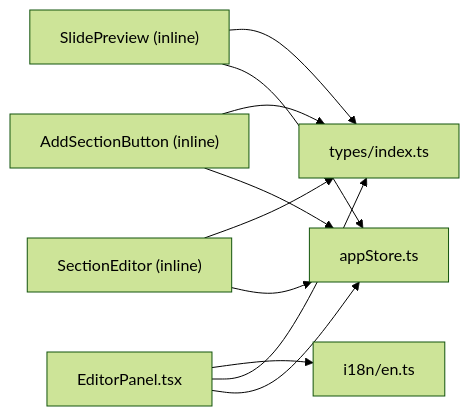
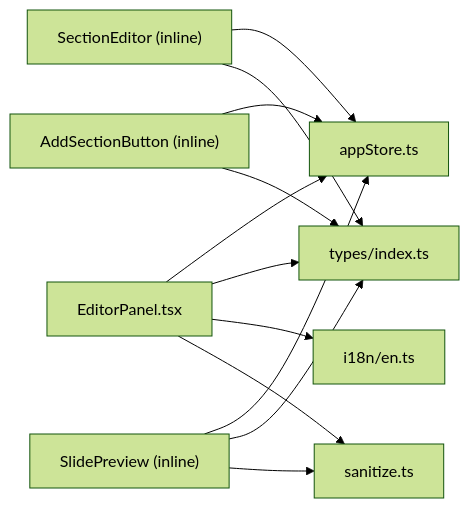
One commit to jimmywyk/lyricdeck changed the tenth of 10 diagrams in .qoder/repowiki/en/content/Architecture Overview/Component Architecture/Editor Panel.md. Above: the diagram before and after it, drawn with Mermaid (forest theme). The commit also changed other lines of this file and 12 other files, not shown here.

````diff
--- a/.qoder/repowiki/en/content/Architecture Overview/Component Architecture/Editor Panel.md
+++ b/.qoder/repowiki/en/content/Architecture Overview/Component Architecture/Editor Panel.md
@@ -384,12 +451,14 @@
 ```mermaid
 graph LR
 EP["EditorPanel.tsx"] --> ZS["appStore.ts"]
 EP --> T["types/index.ts"]
 EP --> I18N["i18n/en.ts"]
+EP --> SU["sanitize.ts"]
 SE["SectionEditor (inline)"] --> ZS
 SE --> T
 ASB["AddSectionButton (inline)"] --> ZS
 ASB --> T
 SP["SlidePreview (inline)"] --> ZS
 SP --> T
+SP --> SU
 ```
````
